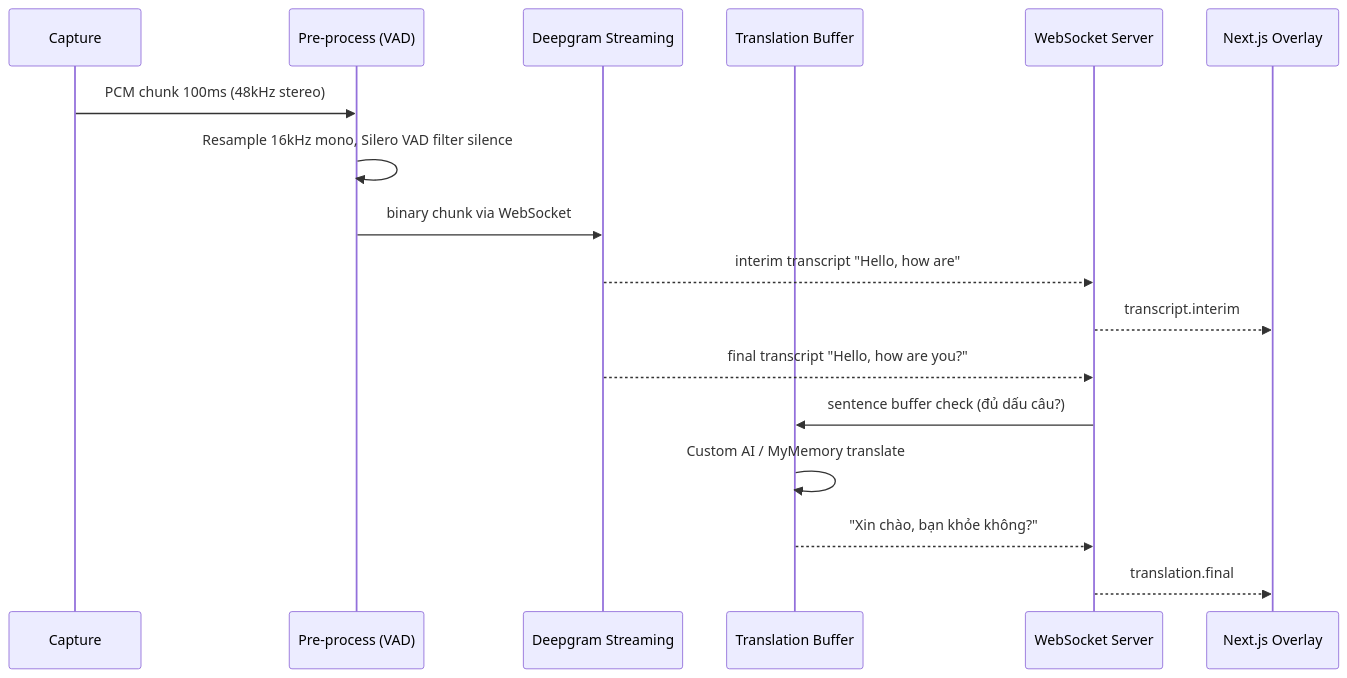
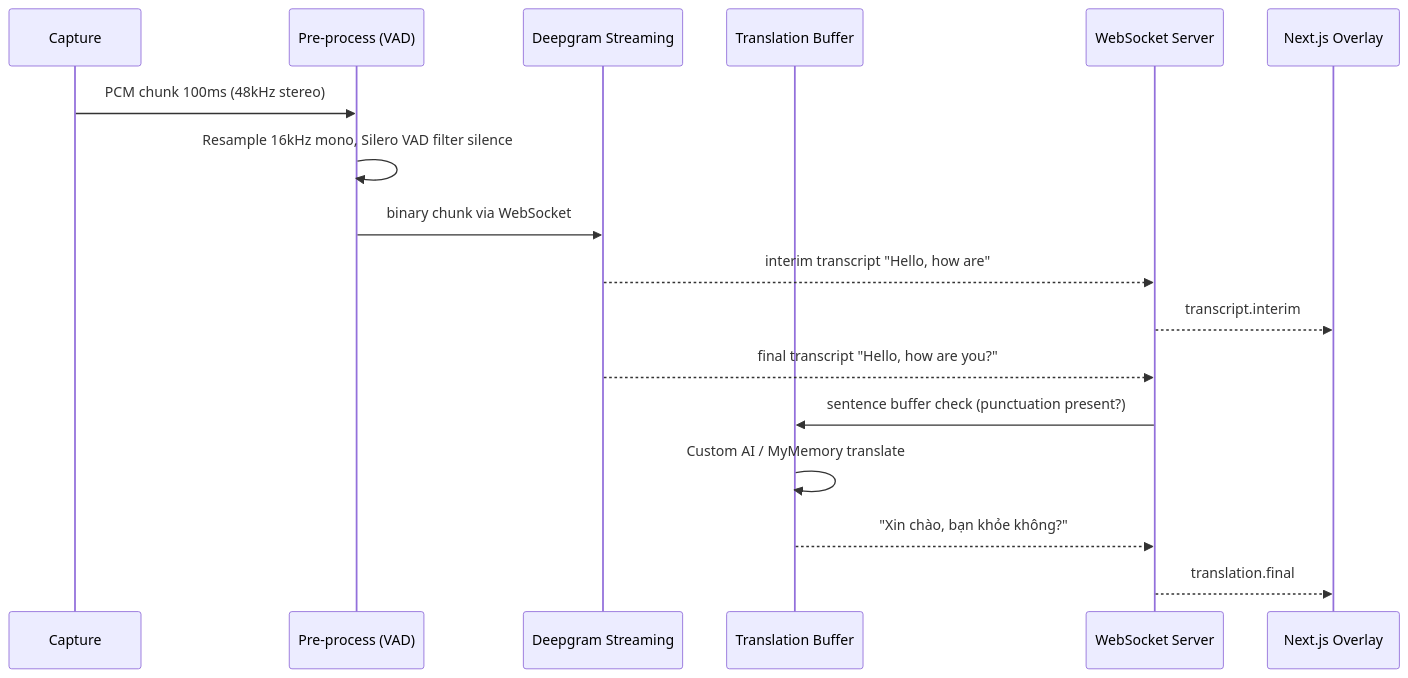
Before and after one commit to nbhson/app-live-translate-web: the second of 2 diagrams in ARCHITECTURE.md, drawn with Mermaid. The commit also changed other lines of this file and 4 other files, not shown here.

````diff
--- a/ARCHITECTURE.md
+++ b/ARCHITECTURE.md
@@ -51,20 +51,20 @@
 ```mermaid
 sequenceDiagram
     participant Cap as Capture
     participant Pre as Pre-process (VAD)
     participant STT as Deepgram Streaming
     participant Trans as Translation Buffer
     participant WS as WebSocket Server
     participant UI as Next.js Overlay
 
     Cap->>Pre: PCM chunk 100ms (48kHz stereo)
     Pre->>Pre: Resample 16kHz mono, Silero VAD filter silence
     Pre->>STT: binary chunk via WebSocket
     STT-->>WS: interim transcript "Hello, how are"
     WS-->>UI: transcript.interim
     STT-->>WS: final transcript "Hello, how are you?"
-    WS->>Trans: sentence buffer check (đủ dấu câu?)
+    WS->>Trans: sentence buffer check (punctuation present?)
     Trans->>Trans: Custom AI / MyMemory translate
     Trans-->>WS: "Xin chào, bạn khỏe không?"
     WS-->>UI: translation.final
 ```
````
